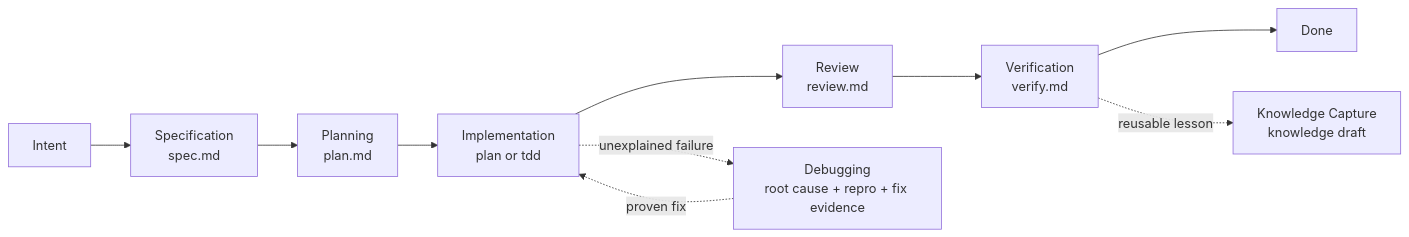
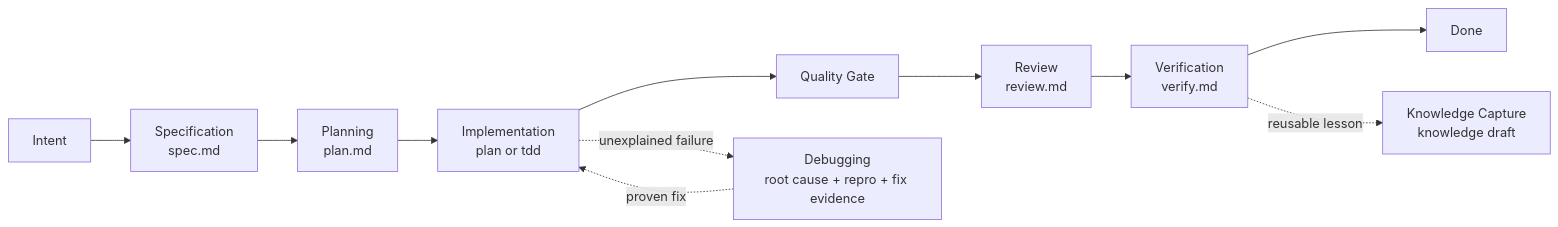
Before and after one commit to zdolphin07-dotcom/lattice: the diagram in prismspec/README.md, drawn with Mermaid. The commit also changed other lines of this file and 72 other files, not shown here.

````diff
--- a/prismspec/README.md
+++ b/prismspec/README.md
@@ -27,13 +27,14 @@
 ```mermaid
 flowchart LR
   I[Intent] --> S[Specification<br/>spec.md]
   S --> P[Planning<br/>plan.md]
   P --> E[Implementation<br/>plan or tdd]
-  E --> R[Review<br/>review.md]
+  E --> Q[Quality Gate]
+  Q --> R[Review<br/>review.md]
   R --> V[Verification<br/>verify.md]
   V --> D[Done]
 
   E -. unexplained failure .-> B[Debugging<br/>root cause + repro + fix evidence]
   B -. proven fix .-> E
   V -. reusable lesson .-> K[Knowledge Capture<br/>knowledge draft]
 ```
````
